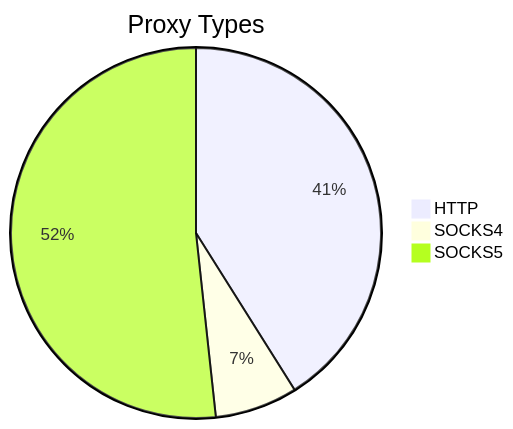
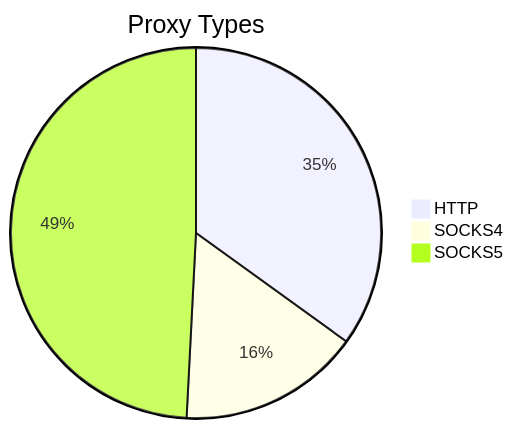
The first of 2 diagrams in README.md (stormsia/proxy-list), drawn with Mermaid before and after one commit. The commit also changed other lines of this file, not shown here.

````diff
--- a/README.md
+++ b/README.md
@@ -21,6 +21,6 @@
 ```mermaid
 pie title Proxy Types
     "HTTP" : 108
-    "SOCKS4" : 19
-    "SOCKS5" : 136
+    "SOCKS4" : 49
+    "SOCKS5" : 152
 ```
````
